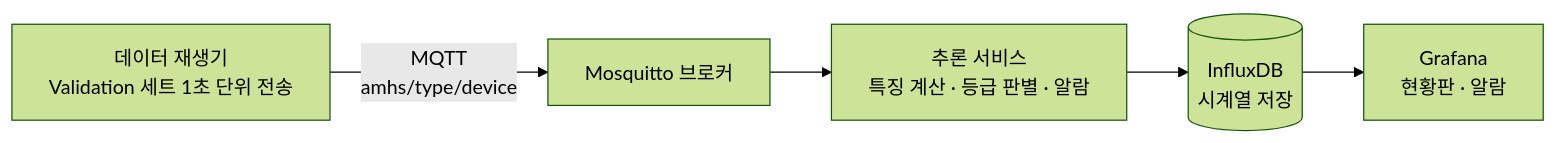
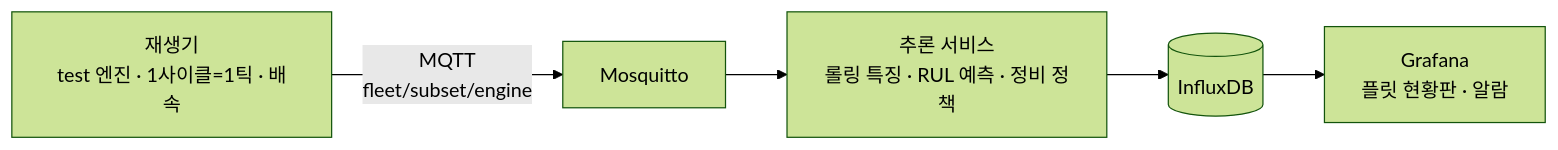
One commit to poly9010/amhs-realtime-monitoring changed the diagram in README.md. Above: the diagram before and after it, drawn with Mermaid (forest theme). The commit also changed other lines of this file and 3 other files, not shown here.

````diff
--- a/README.md
+++ b/README.md
@@ -36,7 +39,7 @@
 ```mermaid
 flowchart LR
-    A[데이터 재생기<br/>Validation 세트 1초 단위 전송] -->|MQTT<br/>amhs/type/device| B[Mosquitto 브로커]
-    B --> C[추론 서비스<br/>특징 계산 · 등급 판별 · 알람]
-    C --> D[(InfluxDB<br/>시계열 저장)]
-    D --> E[Grafana<br/>현황판 · 알람]
+    A[재생기<br/>test 엔진 · 1사이클=1틱 · 배속] -->|MQTT<br/>fleet/subset/engine| B[Mosquitto]
+    B --> C[추론 서비스<br/>롤링 특징 · RUL 예측 · 정비 정책]
+    C --> D[(InfluxDB)]
+    D --> E[Grafana<br/>플릿 현황판 · 알람]
 ```
````
